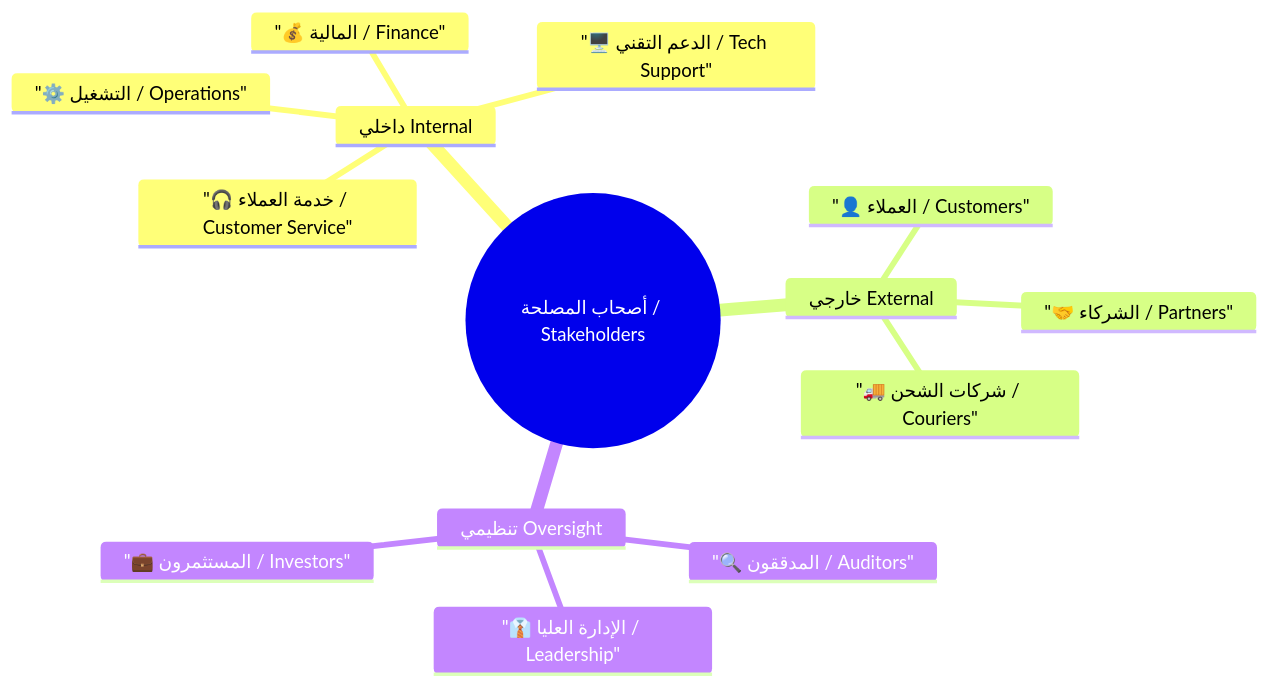
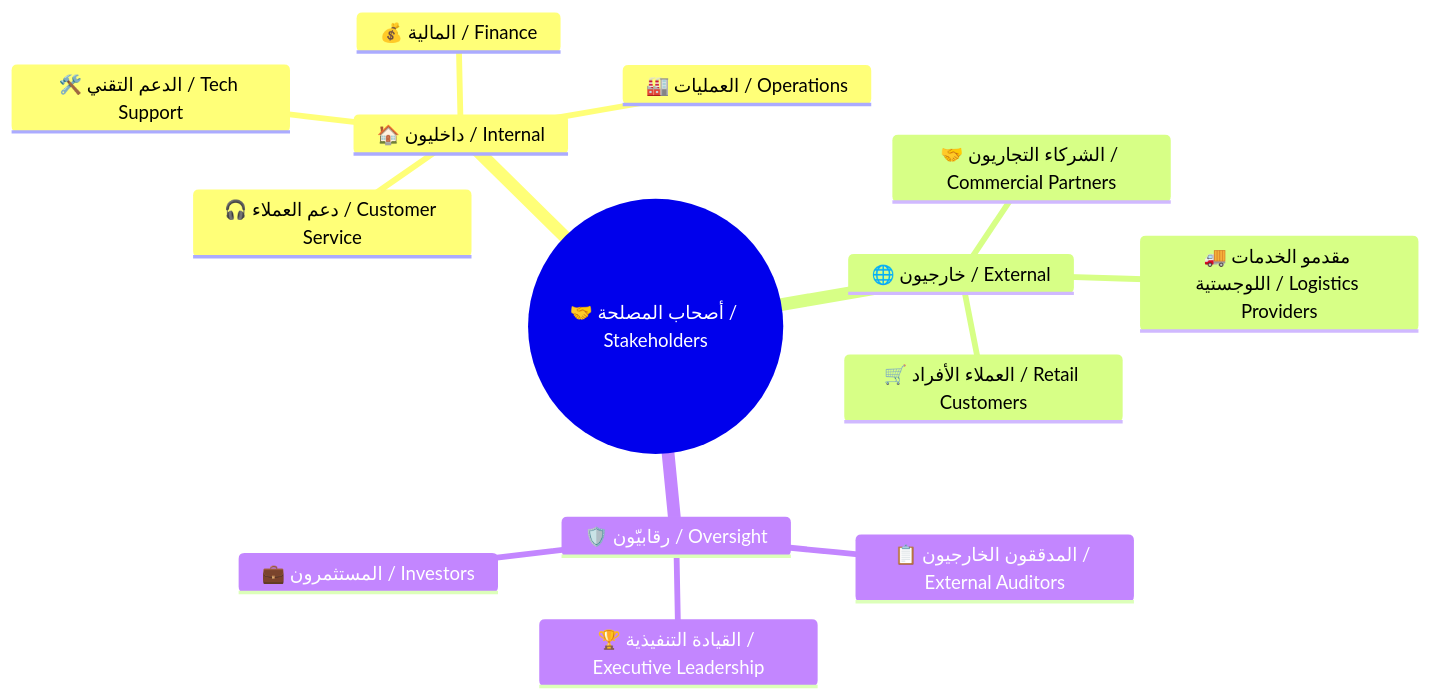
One commit to Ash69g/Documentation-Study changed the second of 3 diagrams in docs/02-stakeholders/02-stakeholders.md. Above: the diagram before and after it, drawn with Mermaid. The commit also changed other lines of this file and 15 other files, not shown here.

````diff
--- a/docs/02-stakeholders/02-stakeholders.md
+++ b/docs/02-stakeholders/02-stakeholders.md
@@ -89,17 +106,24 @@
 ```mermaid
+%%{init: { "theme":"base", "themeVariables":{
+  "fontFamily":"Tahoma, Arial, 'Noto Sans Arabic', sans-serif",
+  "fontSize":"15px"
+}}}%%
 mindmap
-  root((أصحاب المصلحة / Stakeholders))
-    داخلي Internal
-      "🎧 خدمة العملاء / Customer Service"
-      "⚙️ التشغيل / Operations"
-      "💰 المالية / Finance"
-      "🖥️ الدعم التقني / Tech Support"
-    خارجي External
-      "👤 العملاء / Customers"
-      "🤝 الشركاء / Partners"
-      "🚚 شركات الشحن / Couriers"
-    تنظيمي Oversight
-      "👔 الإدارة العليا / Leadership"
-      "🔍 المدققون / Auditors"
-      "💼 المستثمرون / Investors"
+  root((🤝 أصحاب المصلحة / Stakeholders))
+
+    🏠 داخليون / Internal
+      🎧 دعم العملاء / Customer Service
+      🏭 العمليات / Operations
+      💰 المالية / Finance
+      🛠️ الدعم التقني / Tech Support
+
+    🌐 خارجيون / External
+      🤝 الشركاء التجاريون / Commercial Partners
+      🚚 مقدمو الخدمات اللوجستية / Logistics Providers
+      🛒 العملاء الأفراد / Retail Customers
+
+    🛡️ رقابيّون / Oversight
+      🏆 القيادة التنفيذية / Executive Leadership
+      📋 المدققون الخارجيون / External Auditors
+      💼 المستثمرون / Investors
 ```
````
